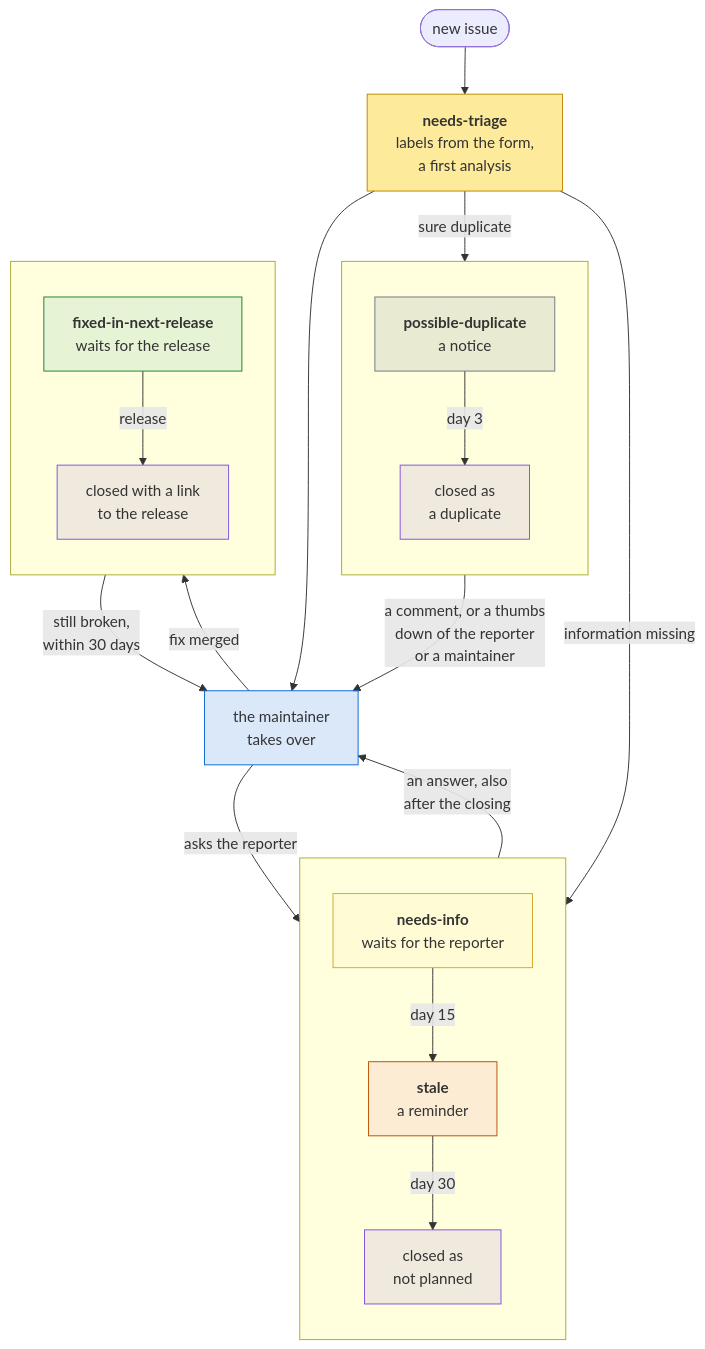
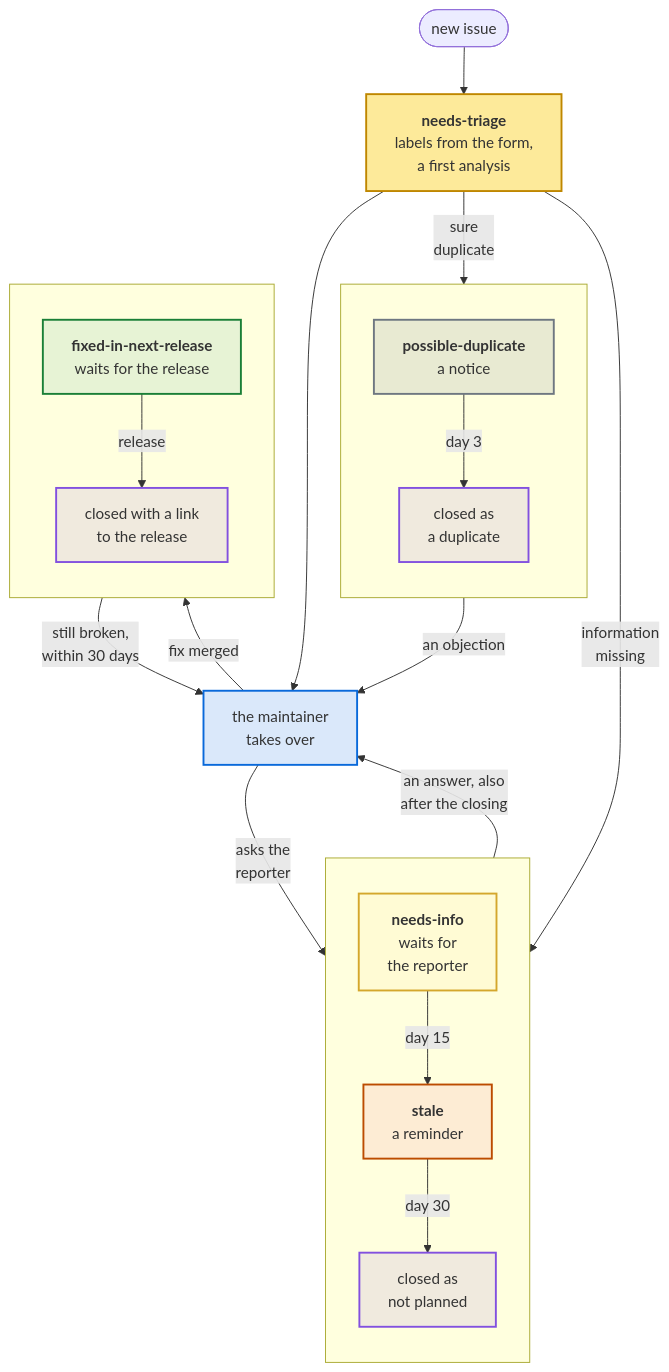
Before and after one commit to Dennis-Otto/issue-assistant: the third of 11 diagrams in README.md, drawn with Mermaid. The commit also changed other lines of this file and 4 other files, not shown here.

First line of the commit message:
docs: accessible top-to-bottom diagrams, and three new ones (#82)

````diff
--- a/README.md
+++ b/README.md
@@ -122,39 +153,41 @@
 ```mermaid
 flowchart TB
+  accTitle: The life of an issue and its labels
+  accDescr: A new issue gets needs-triage, the labels of its form and a first analysis, and the maintainer takes over. When information is missing, or the maintainer asks the reporter, it gets needs-info and waits for the reporter: on day 15 it gets stale and a reminder, and on day 30 it closes as not planned; an answer, also after the closing, brings it back to the maintainer. A sure duplicate gets possible-duplicate and a notice and closes as a duplicate on day 3, unless an objection, a comment or a thumbs down of the reporter or of someone who may push, brings it back to the maintainer. A merged fix gives it fixed-in-next-release, and the release closes it with a link; a comment within 30 days that it is still broken brings it back to the maintainer.
   opened(["new issue"]) --> triage["<b>needs-triage</b><br/>labels from the form,<br/>a first analysis"]
   triage --> maintainer["the maintainer<br/>takes over"]
-  triage -- "information missing" --> waiting
-  maintainer -- "asks the reporter" --> waiting
+  triage -- "information<br/>missing" --> waiting
+  maintainer -- "asks the<br/>reporter" --> waiting
   subgraph unanswered [" "]
     direction TB
-    waiting["<b>needs-info</b><br/>waits for the reporter"] -- "day 15" --> stale["<b>stale</b><br/>a reminder"]
+    waiting["<b>needs-info</b><br/>waits for<br/>the reporter"] -- "day 15" --> stale["<b>stale</b><br/>a reminder"]
     stale -- "day 30" --> closed["closed as<br/>not planned"]
   end
   unanswered -- "an answer, also<br/>after the closing" --> maintainer
-  triage -- "sure duplicate" --> notice
+  triage -- "sure<br/>duplicate" --> notice
   subgraph duplicates [" "]
     direction TB
     notice["<b>possible-duplicate</b><br/>a notice"] -- "day 3" --> duplicate["closed as<br/>a duplicate"]
   end
-  notice -- "a comment, or a thumbs<br/>down of the reporter<br/>or a maintainer" --> maintainer
+  notice -- "an objection" --> maintainer
   maintainer -- "fix merged" --> fixed
   subgraph release [" "]
     direction TB
     fixed["<b>fixed-in-next-release</b><br/>waits for the release"] -- "release" --> released["closed with a link<br/>to the release"]
   end
   released -- "still broken,<br/>within 30 days" --> maintainer
-  classDef triage fill:#fbca0466,stroke:#bf8700
-  classDef info fill:#fef2c059,stroke:#d4a72c
-  classDef stale fill:#f9d0c466,stroke:#bc4c00
-  classDef duplicate fill:#8c959f33,stroke:#6e7781
-  classDef fixed fill:#c2e0c666,stroke:#1a7f37
-  classDef done fill:#8250df1f,stroke:#8250df
-  classDef person fill:#0969da26,stroke:#0969da
+  classDef triage fill:#fbca0466,stroke:#bf8700,stroke-width:2px
+  classDef info fill:#fef2c059,stroke:#d4a72c,stroke-width:2px
+  classDef stale fill:#f9d0c466,stroke:#bc4c00,stroke-width:2px
+  classDef duplicate fill:#8c959f33,stroke:#6e7781,stroke-width:2px
+  classDef fixed fill:#c2e0c666,stroke:#1a7f37,stroke-width:2px
+  classDef done fill:#8250df1f,stroke:#8250df,stroke-width:2px
+  classDef person fill:#0969da26,stroke:#0969da,stroke-width:2px
   class triage triage
   class waiting info
   class stale stale
   class notice duplicate
   class fixed fixed
   class closed,duplicate,released done
   class maintainer person
 ```
````
